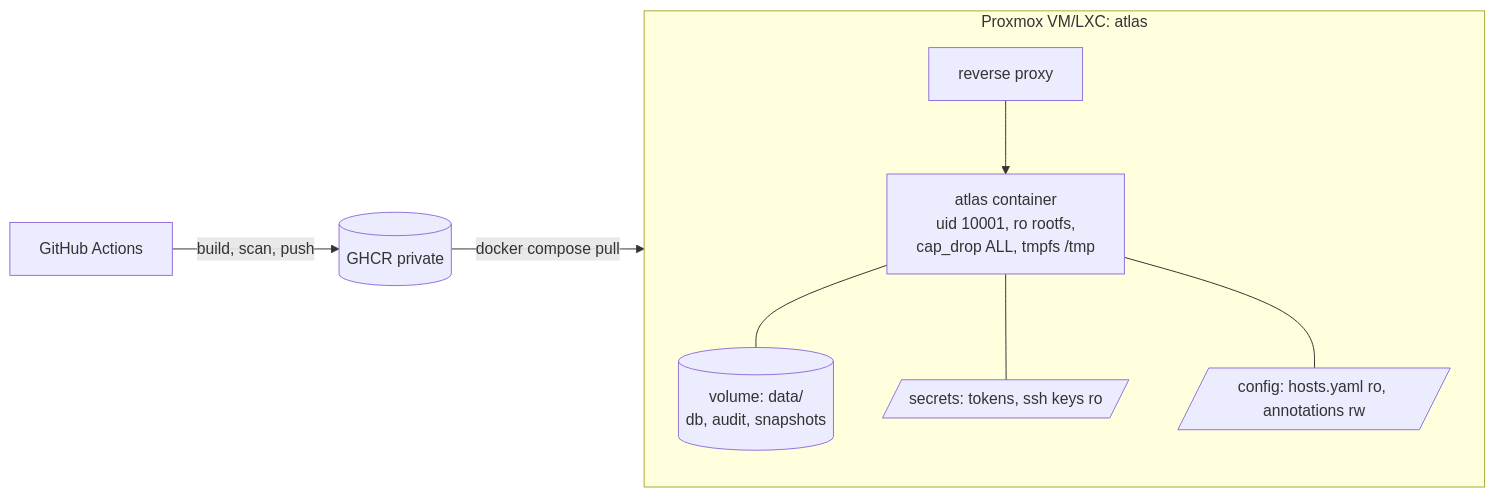
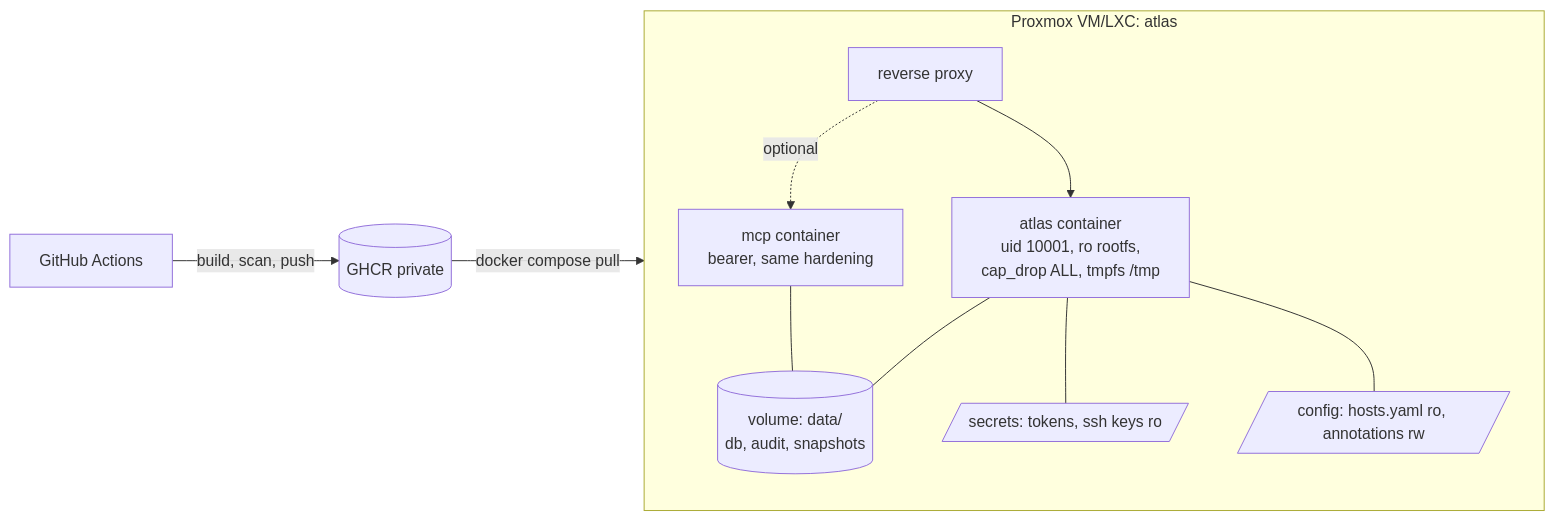
One commit to FouadHellal/Homelab-Docs changed the sixth of 6 diagrams in docs/ARCHITECTURE.md. Above: the diagram before and after it, drawn with Mermaid. The commit also changed other lines of this file and 7 other files, not shown here.

First line of the commit message:
docs: SECURITY, SETUP-TARGETS, DEPLOY, README architecture diagram, ADR-024

````diff
--- a/docs/ARCHITECTURE.md
+++ b/docs/ARCHITECTURE.md
@@ -178,12 +178,14 @@
 ```mermaid
 flowchart LR
   gh[GitHub Actions] -- build, scan, push --> ghcr[(GHCR private)]
   ghcr -- docker compose pull --> vm
   subgraph vm[Proxmox VM/LXC: atlas]
     direction TB
     rp2[reverse proxy] --> c1[atlas container<br/>uid 10001, ro rootfs,<br/>cap_drop ALL, tmpfs /tmp]
     c1 --- v1[(volume: data/<br/>db, audit, snapshots)]
     c1 --- v2[/secrets: tokens, ssh keys ro/]
     c1 --- v3[/config: hosts.yaml ro, annotations rw/]
+    rp2 -. optional .-> c2[mcp container<br/>bearer, same hardening]
+    c2 --- v1
   end
 ```
````
